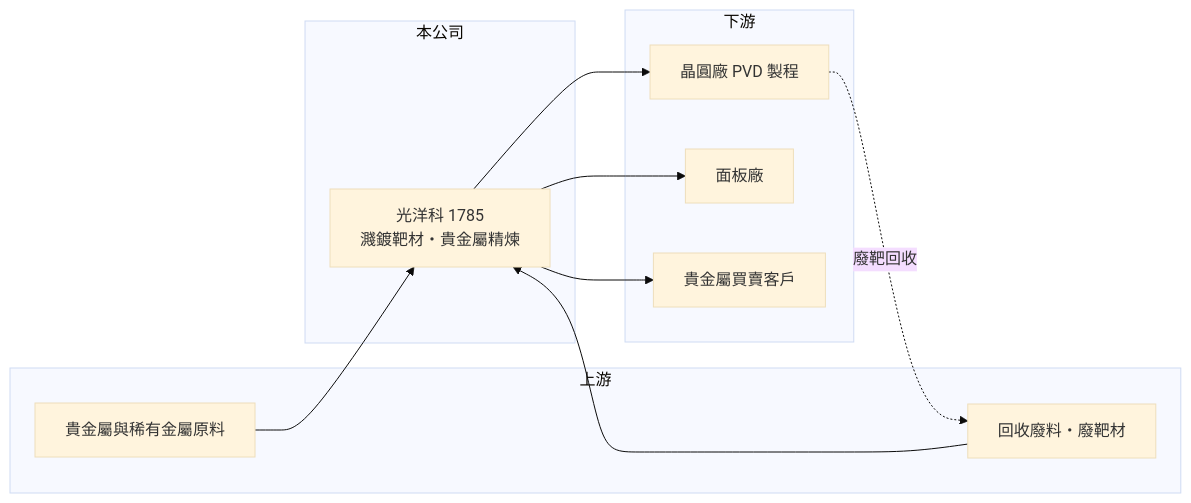
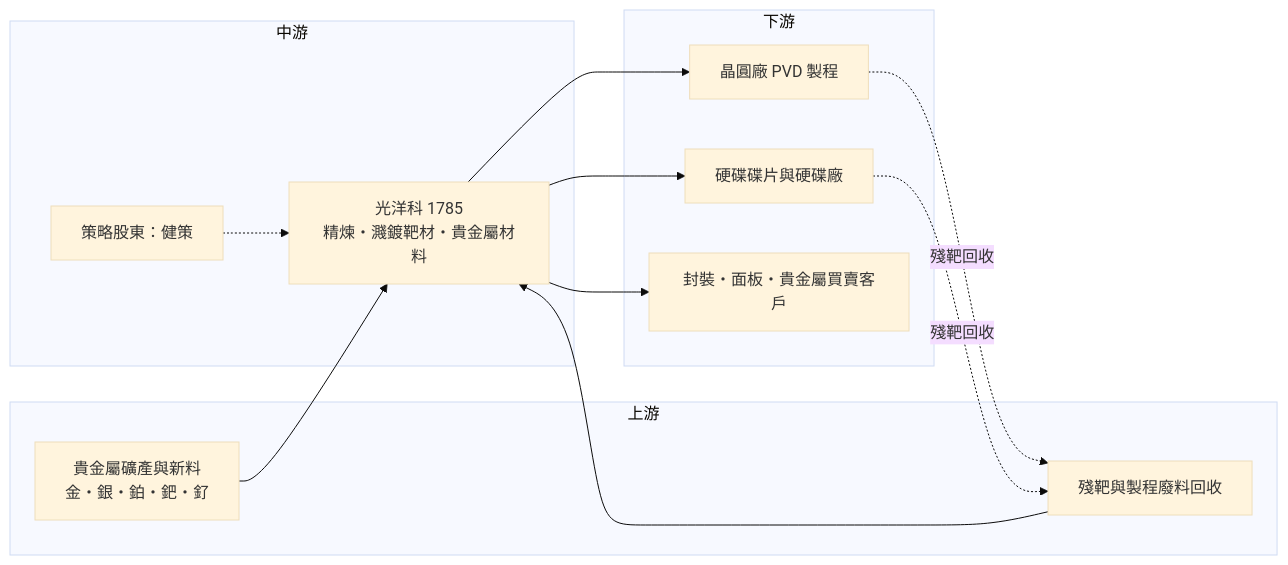
One commit to wangnick1004/taiwan-stock-vault changed the fourth of 4 diagrams in 個股/台股/1785光洋科.md. Above: the diagram before and after it, drawn with Mermaid (base theme). The commit also changed other lines of this file and 16 other files, not shown here.

````diff
--- a/個股/台股/1785光洋科.md
+++ b/個股/台股/1785光洋科.md
@@ -91,21 +214,24 @@
 ```mermaid
 flowchart LR
     subgraph 上游
-        A1["貴金屬與稀有金屬原料"]
-        A2["回收廢料・廢靶材"]
+        A1["貴金屬礦產與新料<br/>金・銀・鉑・鈀・釕"]
+        A2["殘靶與製程廢料回收"]
     end
-    subgraph 本公司
-        B["光洋科 1785<br/>濺鍍靶材・貴金屬精煉"]
+    subgraph 中游
+        B["光洋科 1785<br/>精煉・濺鍍靶材・貴金屬材料"]
+        B2["策略股東：健策"]
     end
     subgraph 下游
         C1["晶圓廠 PVD 製程"]
-        C2["面板廠"]
-        C3["貴金屬買賣客戶"]
+        C2["硬碟碟片與硬碟廠"]
+        C3["封裝・面板・貴金屬買賣客戶"]
     end
     A1 --> B
     A2 --> B
+    B2 -.-> B
     B --> C1
     B --> C2
     B --> C3
-    C1 -. 廢靶回收 .-> A2
+    C1 -. 殘靶回收 .-> A2
+    C2 -. 殘靶回收 .-> A2
 ```
````
